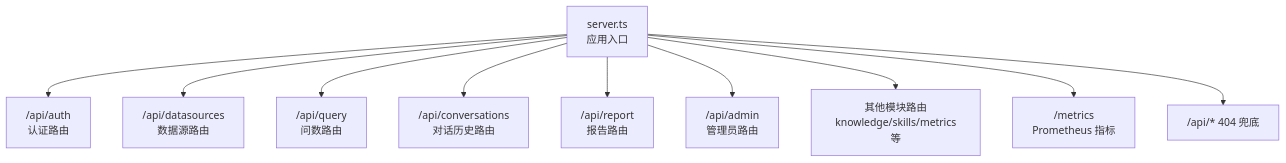
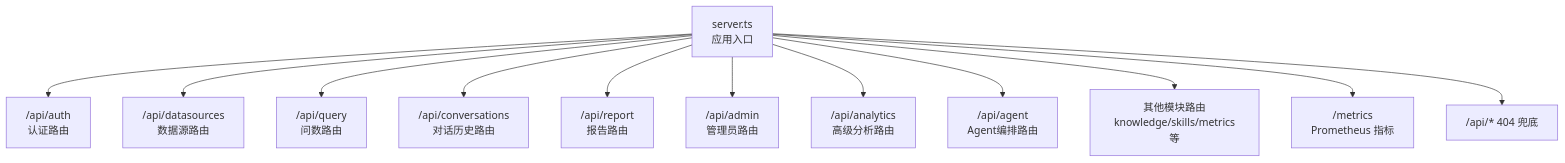
Before and after one commit to dgjin/smart-data-analytics: the first of 8 diagrams in .qoder/repowiki/zh/content/后端服务/API设计与规范/路由架构设计.md, drawn with Mermaid. The commit also changed other lines of this file and 141 other files, not shown here.

````diff
--- a/.qoder/repowiki/zh/content/后端服务/API设计与规范/路由架构设计.md
+++ b/.qoder/repowiki/zh/content/后端服务/API设计与规范/路由架构设计.md
@@ -38,12 +51,14 @@
 ```mermaid
 graph TB
 A["server.ts<br/>应用入口"] --> B["/api/auth<br/>认证路由"]
 A --> C["/api/datasources<br/>数据源路由"]
 A --> D["/api/query<br/>问数路由"]
 A --> E["/api/conversations<br/>对话历史路由"]
 A --> F["/api/report<br/>报告路由"]
 A --> G["/api/admin<br/>管理员路由"]
-A --> H["其他模块路由<br/>knowledge/skills/metrics等"]
-A --> I["/metrics<br/>Prometheus 指标"]
-A --> J["/api/* 404 兜底"]
+A --> H["/api/analytics<br/>高级分析路由"]
+A --> I["/api/agent<br/>Agent编排路由"]
+A --> J["其他模块路由<br/>knowledge/skills/metrics等"]
+A --> K["/metrics<br/>Prometheus 指标"]
+A --> L["/api/* 404 兜底"]
 ```
````
